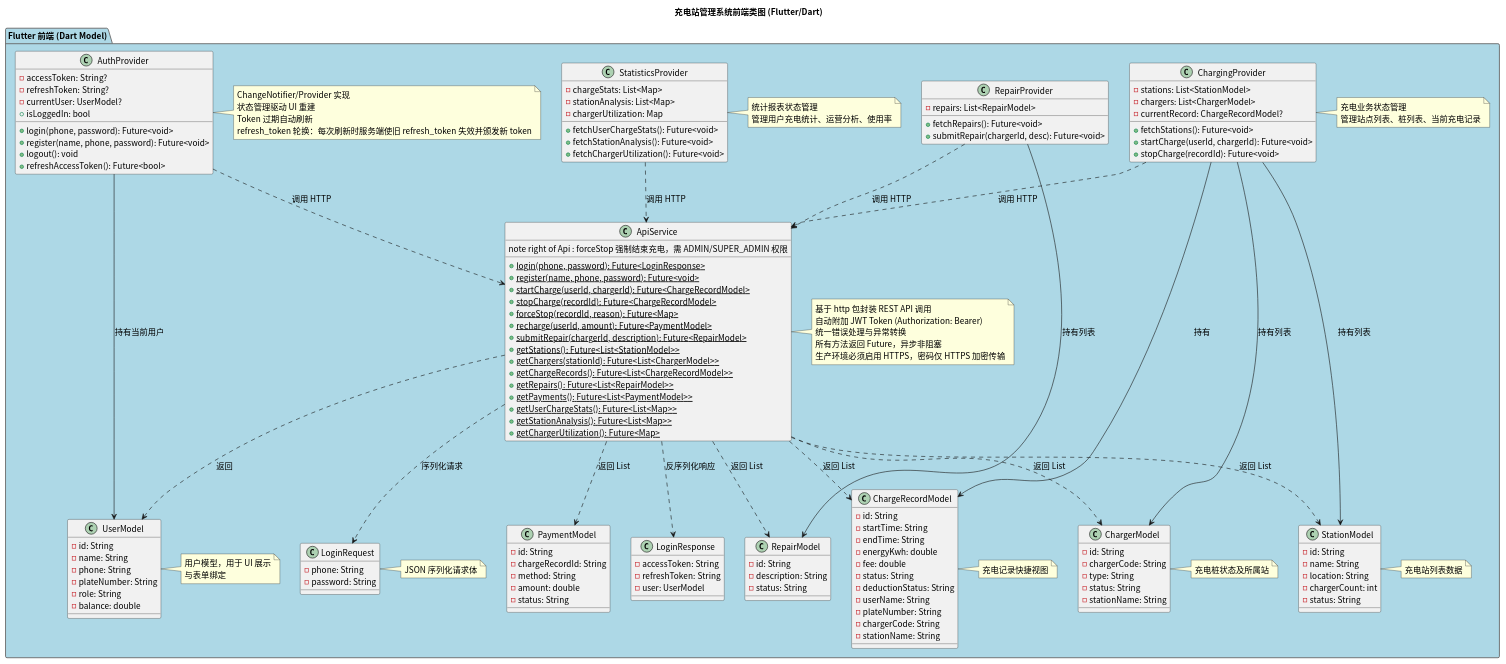
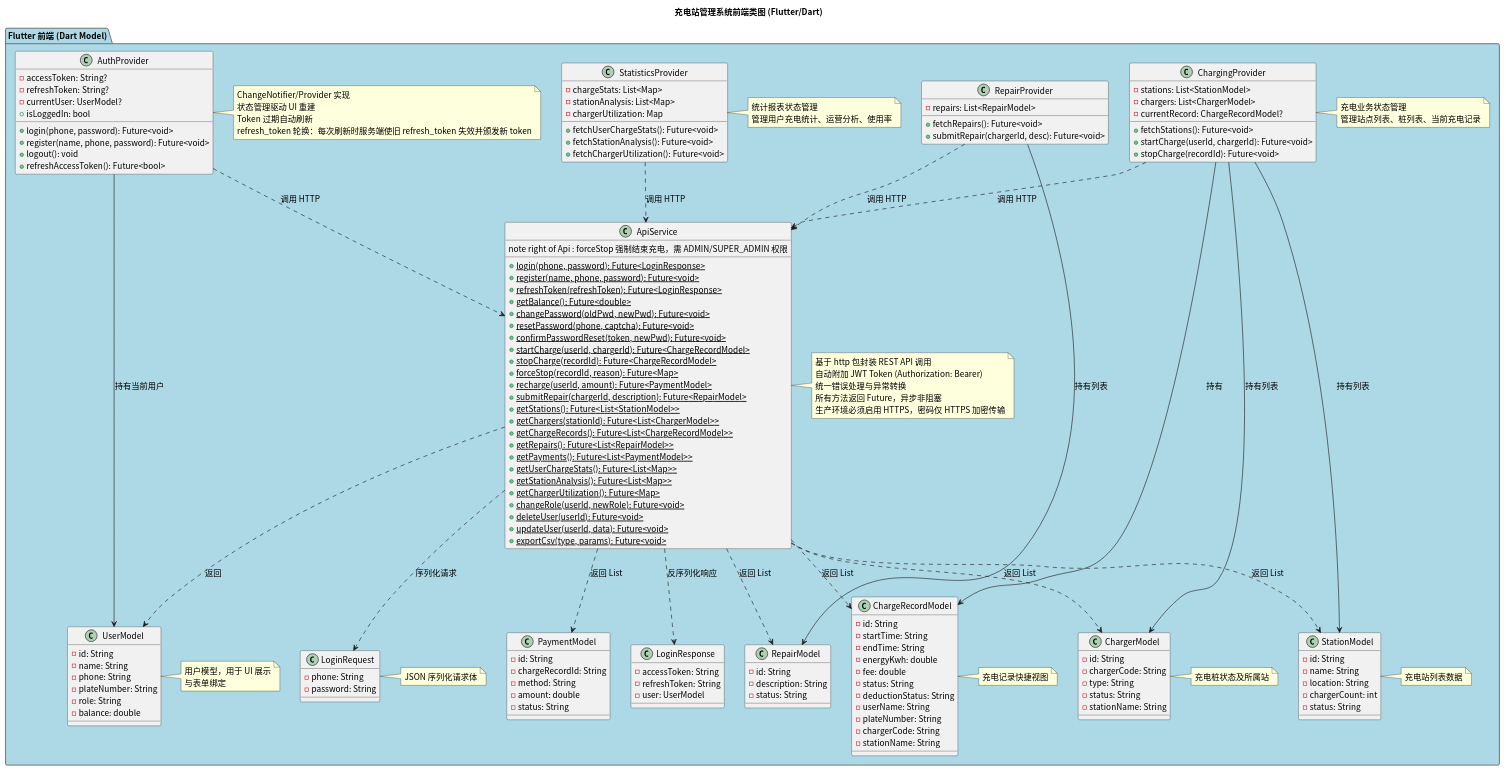
One commit to greenhandzdl/charging-station-doc changed the diagram in class/src/frontend_class_diagram.puml. Above: the diagram before and after it, drawn with PlantUML. The commit also changed 18 other files, not shown here.

```diff
--- a/class/src/frontend_class_diagram.puml
+++ b/class/src/frontend_class_diagram.puml
@@ -1,160 +1,169 @@
 @startuml
 skinparam defaultFontName "Noto Sans CJK SC"
 skinparam defaultFontSize 14
 title 充电站管理系统前端类图 (Flutter/Dart)
 skinparam package {
   BackgroundColor #F0F0F0
   BorderColor #666666
 }
 
 package "Flutter 前端 (Dart Model)" as FE #ADD8E6 {
 
   class "UserModel" as FUser {
     - id: String
     - name: String
     - phone: String
     - plateNumber: String
     - role: String
     - balance: double
   }
   note right of FUser : 用户模型，用于 UI 展示\n与表单绑定
 
   class "StationModel" as FStation {
     - id: String
     - name: String
     - location: String
     - chargerCount: int
     - status: String
   }
   note right of FStation : 充电站列表数据
 
   class "ChargerModel" as FCharger {
     - id: String
     - chargerCode: String
     - type: String
     - status: String
     - stationName: String
   }
   note right of FCharger : 充电桩状态及所属站
 
   class "ChargeRecordModel" as FCRecord {
     - id: String
     - startTime: String
     - endTime: String
     - energyKwh: double
     - fee: double
     - status: String
     - deductionStatus: String
     - userName: String
     - plateNumber: String
     - chargerCode: String
     - stationName: String
   }
   note right of FCRecord : 充电记录快捷视图
 
   class "PaymentModel" as FPayment {
     - id: String
     - chargeRecordId: String
     - method: String
     - amount: double
     - status: String
   }
 
   class "RepairModel" as FRepair {
     - id: String
     - description: String
     - status: String
   }
 
   class "LoginRequest" as LoginReq {
     - phone: String
     - password: String
   }
   note right of LoginReq : JSON 序列化请求体
 
   class "LoginResponse" as LoginResp {
     - accessToken: String
     - refreshToken: String
     - user: UserModel
   }
 
   class "ApiService" as Api {
     + {static} login(phone, password): Future<LoginResponse>
     + {static} register(name, phone, password): Future<void>
+    + {static} refreshToken(refreshToken): Future<LoginResponse>
+    + {static} getBalance(): Future<double>
+    + {static} changePassword(oldPwd, newPwd): Future<void>
+    + {static} resetPassword(phone, captcha): Future<void>
+    + {static} confirmPasswordReset(token, newPwd): Future<void>
     + {static} startCharge(userId, chargerId): Future<ChargeRecordModel>
     + {static} stopCharge(recordId): Future<ChargeRecordModel>
     + {static} forceStop(recordId, reason): Future<Map>
-	  note right of Api : forceStop 强制结束充电，需 ADMIN/SUPER_ADMIN 权限
+    note right of Api : forceStop 强制结束充电，需 ADMIN/SUPER_ADMIN 权限
     + {static} recharge(userId, amount): Future<PaymentModel>
     + {static} submitRepair(chargerId, description): Future<RepairModel>
     + {static} getStations(): Future<List<StationModel>>
     + {static} getChargers(stationId): Future<List<ChargerModel>>
     + {static} getChargeRecords(): Future<List<ChargeRecordModel>>
     + {static} getRepairs(): Future<List<RepairModel>>
     + {static} getPayments(): Future<List<PaymentModel>>
     + {static} getUserChargeStats(): Future<List<Map>>
     + {static} getStationAnalysis(): Future<List<Map>>
     + {static} getChargerUtilization(): Future<Map>
+    + {static} changeRole(userId, newRole): Future<void>
+    + {static} deleteUser(userId): Future<void>
+    + {static} updateUser(userId, data): Future<void>
+    + {static} exportCsv(type, params): Future<void>
   }
   note right of Api : 基于 http 包封装 REST API 调用\n自动附加 JWT Token (Authorization: Bearer)\n统一错误处理与异常转换\n所有方法返回 Future，异步非阻塞\n生产环境必须启用 HTTPS，密码仅 HTTPS 加密传输
 
   class "AuthProvider" as Auth {
     - accessToken: String?
     - refreshToken: String?
     - currentUser: UserModel?
     + login(phone, password): Future<void>
     + register(name, phone, password): Future<void>
     + logout(): void
     + refreshAccessToken(): Future<bool>
     + isLoggedIn: bool
   }
   note right of Auth : ChangeNotifier/Provider 实现\n状态管理驱动 UI 重建\nToken 过期自动刷新\nrefresh_token 轮换：每次刷新时服务端使旧 refresh_token 失效并颁发新 token
 
   class "ChargingProvider" as CP {
     - stations: List<StationModel>
     - chargers: List<ChargerModel>
     - currentRecord: ChargeRecordModel?
     + fetchStations(): Future<void>
     + startCharge(userId, chargerId): Future<void>
     + stopCharge(recordId): Future<void>
   }
   note right of CP : 充电业务状态管理\n管理站点列表、桩列表、当前充电记录
 
   class "RepairProvider" as RP {
     - repairs: List<RepairModel>
     + fetchRepairs(): Future<void>
     + submitRepair(chargerId, desc): Future<void>
   }
 
   class "StatisticsProvider" as StatsP {
     - chargeStats: List<Map>
     - stationAnalysis: List<Map>
     - chargerUtilization: Map
     + fetchUserChargeStats(): Future<void>
     + fetchStationAnalysis(): Future<void>
     + fetchChargerUtilization(): Future<void>
   }
   note right of StatsP : 统计报表状态管理\n管理用户充电统计、运营分析、使用率
 }
 
 ' ===== 关联关系 =====
 Api ..> LoginReq : 序列化请求
 Api ..> LoginResp : 反序列化响应
 Api ..> FStation : 返回 List
 Api ..> FCharger : 返回 List
 Api ..> FUser : 返回
 Api ..> FCRecord : 返回 List
 Api ..> FPayment : 返回 List
 Api ..> FRepair : 返回 List
 
 Auth --> FUser : 持有当前用户
 Auth ..> Api : 调用 HTTP
 CP ..> Api : 调用 HTTP
 CP --> FStation : 持有列表
 CP --> FCharger : 持有列表
 CP --> FCRecord : 持有
 RP ..> Api : 调用 HTTP
 RP --> FRepair : 持有列表
 StatsP ..> Api : 调用 HTTP
 
 @enduml
```
